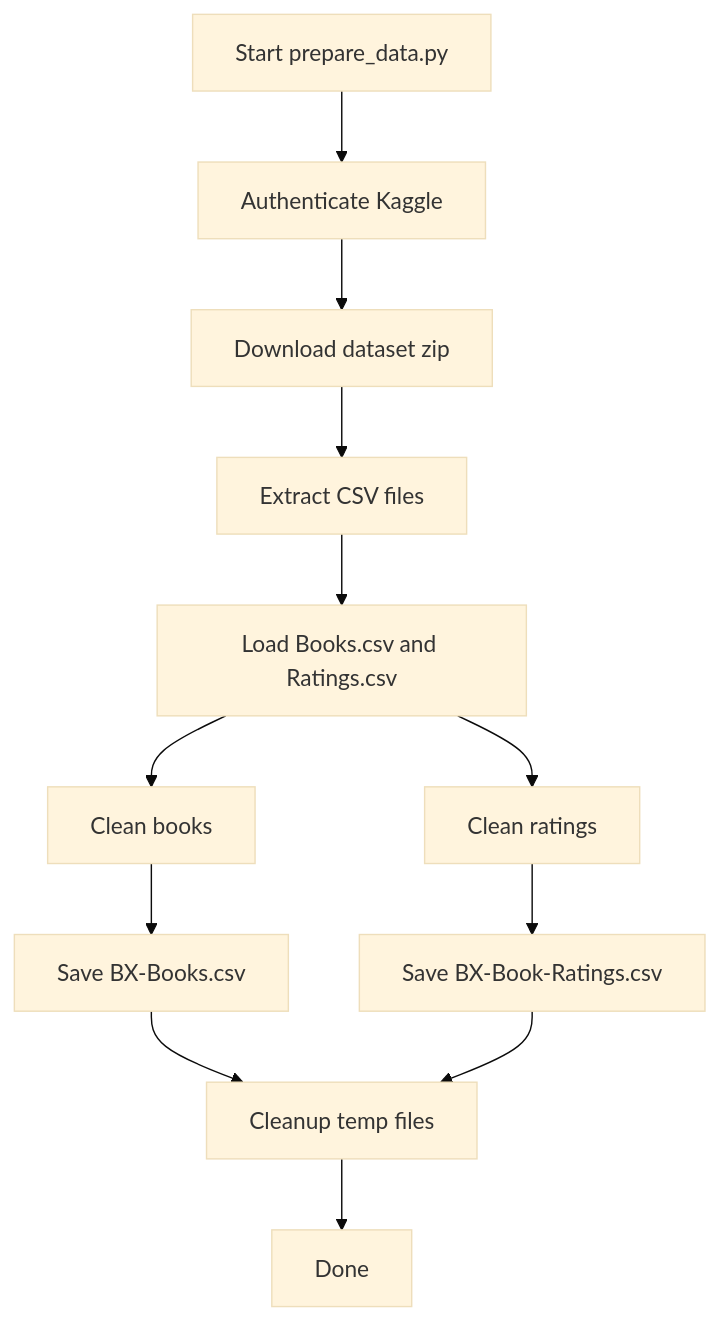
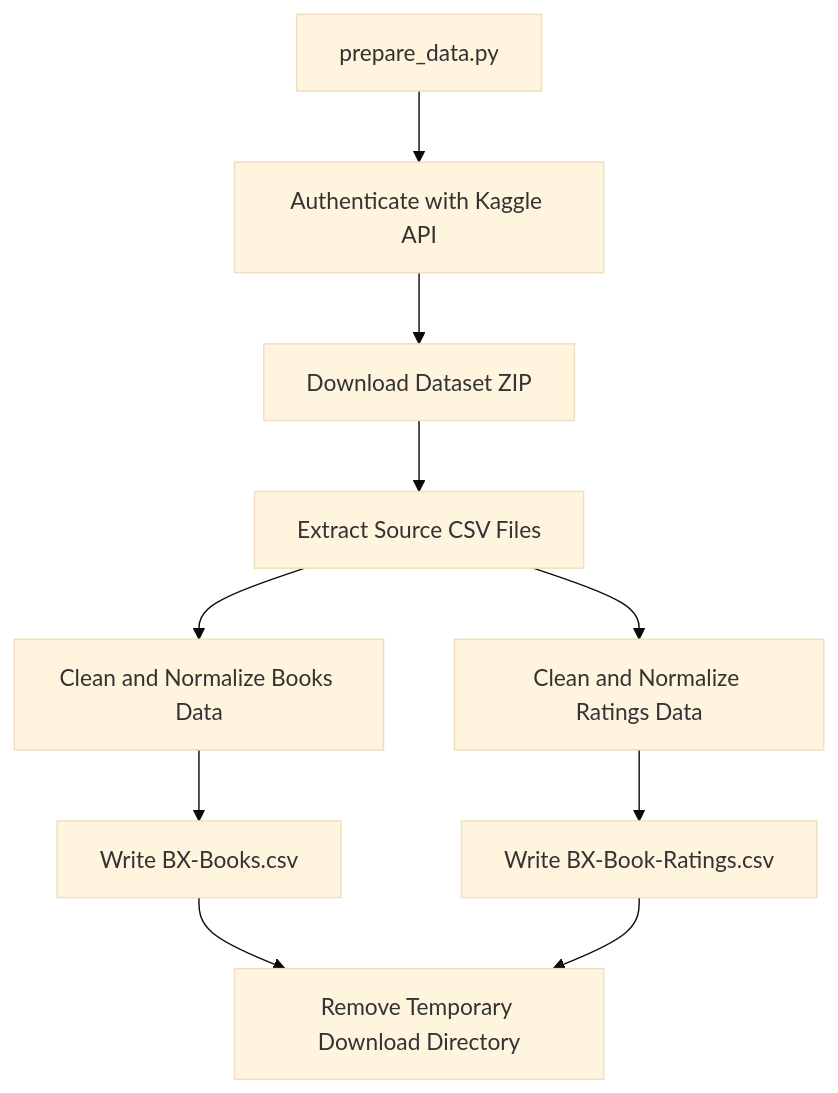
Before and after one commit to schenk98/small_projects: the second of 2 diagrams in book_recommender/README.md, drawn with Mermaid (base theme). The commit also changed other lines of this file and 13 other files, not shown here.

````diff
--- a/book_recommender/README.md
+++ b/book_recommender/README.md
@@ -66,14 +110,12 @@
 ```mermaid
 flowchart TD
-    A[Start prepare_data.py] --> B[Authenticate Kaggle]
-    B --> C[Download dataset zip]
-    C --> D[Extract CSV files]
-    D --> E[Load Books.csv and Ratings.csv]
-    E --> F[Clean books]
-    E --> G[Clean ratings]
-    F --> H[Save BX-Books.csv]
-    G --> I[Save BX-Book-Ratings.csv]
-    H --> J[Cleanup temp files]
-    I --> J
-    J --> K[Done]
+    PrepareDataScript["prepare_data.py"] --> KaggleAuthStep["Authenticate with Kaggle API"]
+    KaggleAuthStep --> DownloadArchiveStep["Download Dataset ZIP"]
+    DownloadArchiveStep --> ExtractCsvStep["Extract Source CSV Files"]
+    ExtractCsvStep --> CleanBooksStep["Clean and Normalize Books Data"]
+    ExtractCsvStep --> CleanRatingsStep["Clean and Normalize Ratings Data"]
+    CleanBooksStep --> SaveBooksOutput["Write BX-Books.csv"]
+    CleanRatingsStep --> SaveRatingsOutput["Write BX-Book-Ratings.csv"]
+    SaveBooksOutput --> CleanupTempStep["Remove Temporary Download Directory"]
+    SaveRatingsOutput --> CleanupTempStep
 ```
````
